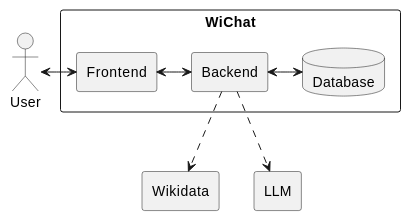
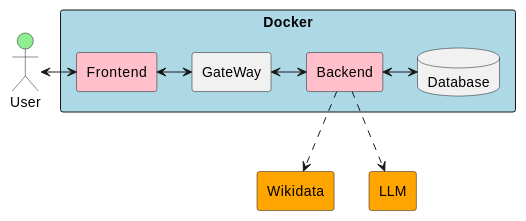
Before and after one commit to Arquisoft/wichat_en3b: the second of 3 diagrams in docs/src/05_building_block_view.adoc, drawn with PlantUML. The commit also changed other lines of this file, not shown here.

Commit message:
Diagram of part 5.2

```diff
--- a/docs/src/05_building_block_view.adoc
+++ b/docs/src/05_building_block_view.adoc
@@ -149,23 +149,25 @@
 [plantuml]
 ----
 @startuml
 
-actor User
+actor User #lightgreen
 
-rectangle WiChat {
-    rectangle "Frontend" as Web
-    rectangle "Backend" as Backend
+rectangle Docker #lightblue {
+    rectangle "Frontend" as Web #pink
+    rectangle "GateWay" as Gateway 
+    rectangle "Backend" as Backend #pink
     database Database
 }
 
-rectangle Wikidata
-rectangle LLM
+rectangle Wikidata #orange
+rectangle LLM #orange
 
 User <-> Web
-Web <-> Backend
+Web <-> Gateway
+Gateway <-> Backend
 Backend <-> Database
 Backend ..> Wikidata
 Backend ..> LLM
 
 @enduml
 ----
```
